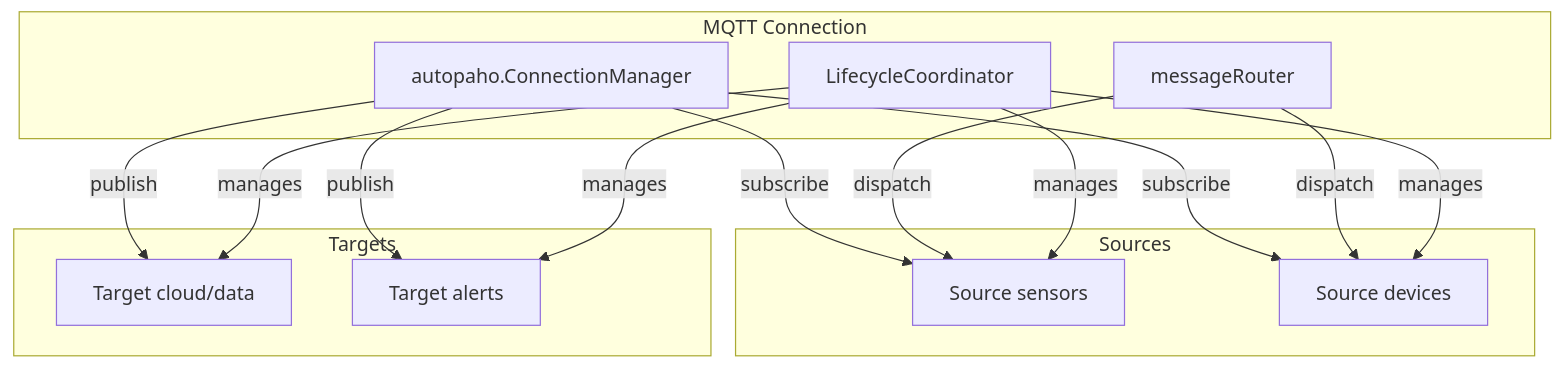
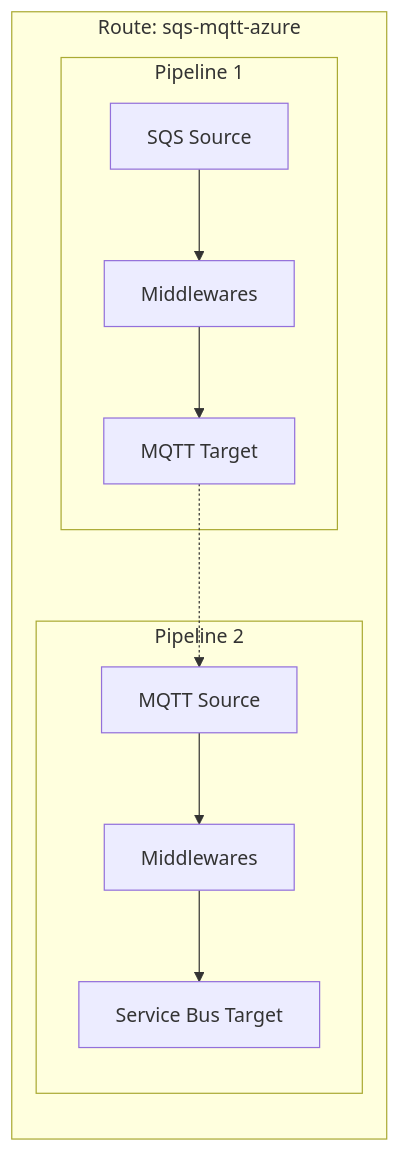
The fifth of 9 diagrams in bridge/types/ARCHITECTURE.md (mariotoffia/gobridge), drawn with Mermaid before and after one commit. The commit also changed other lines of this file and 4 other files, not shown here.

````diff
--- a/bridge/types/ARCHITECTURE.md
+++ b/bridge/types/ARCHITECTURE.md
@@ -124,31 +262,13 @@
 ```mermaid
-flowchart TB
-    subgraph MQTTConnection [MQTT Connection]
-        Client[autopaho.ConnectionManager]
-        Router[messageRouter]
-        Coordinator[LifecycleCoordinator]
+flowchart LR
+    subgraph Route [Route: sqs-mqtt-azure]
+        subgraph P1 [Pipeline 1]
+            SQS[SQS Source] --> MW1[Middlewares] --> MQTT1[MQTT Target]
+        end
+        subgraph P2 [Pipeline 2]
+            MQTT2[MQTT Source] --> MW2[Middlewares] --> ASB[Service Bus Target]
+        end
     end
     
-    subgraph Sources [Sources]
-        S1[Source sensors]
-        S2[Source devices]
-    end
-    
-    subgraph Targets [Targets]
-        T1[Target cloud/data]
-        T2[Target alerts]
-    end
-    
-    Client -->|subscribe| S1
-    Client -->|subscribe| S2
-    Client -->|publish| T1
-    Client -->|publish| T2
-    
-    Router -->|dispatch| S1
-    Router -->|dispatch| S2
-    
-    Coordinator -->|manages| S1
-    Coordinator -->|manages| S2
-    Coordinator -->|manages| T1
-    Coordinator -->|manages| T2
+    MQTT1 -.-> MQTT2
 ```
````
